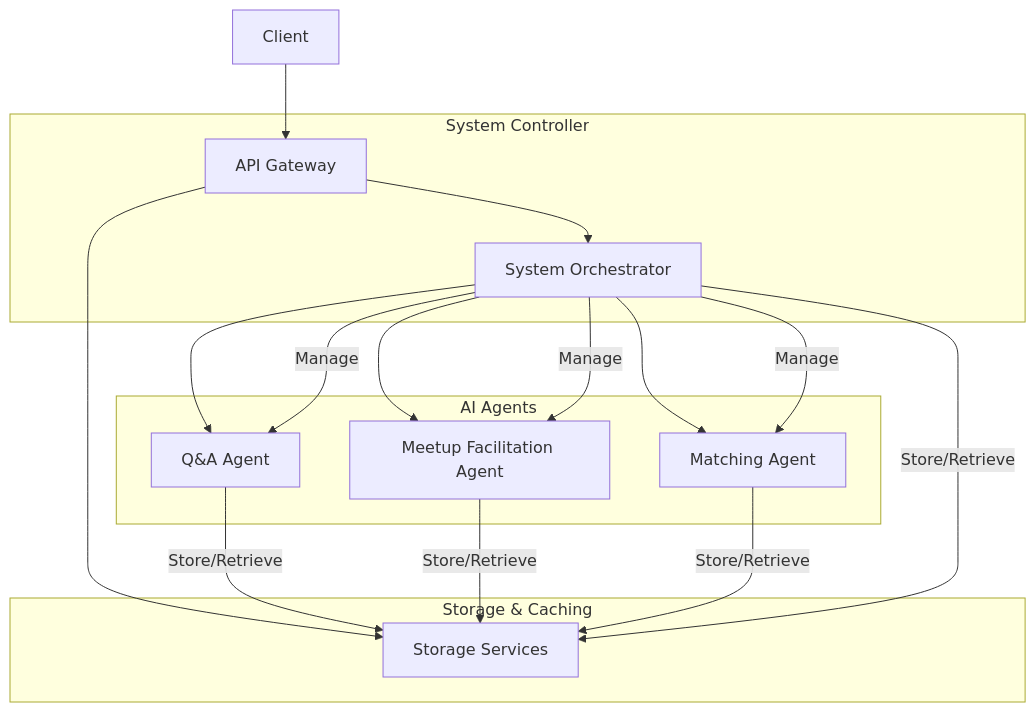
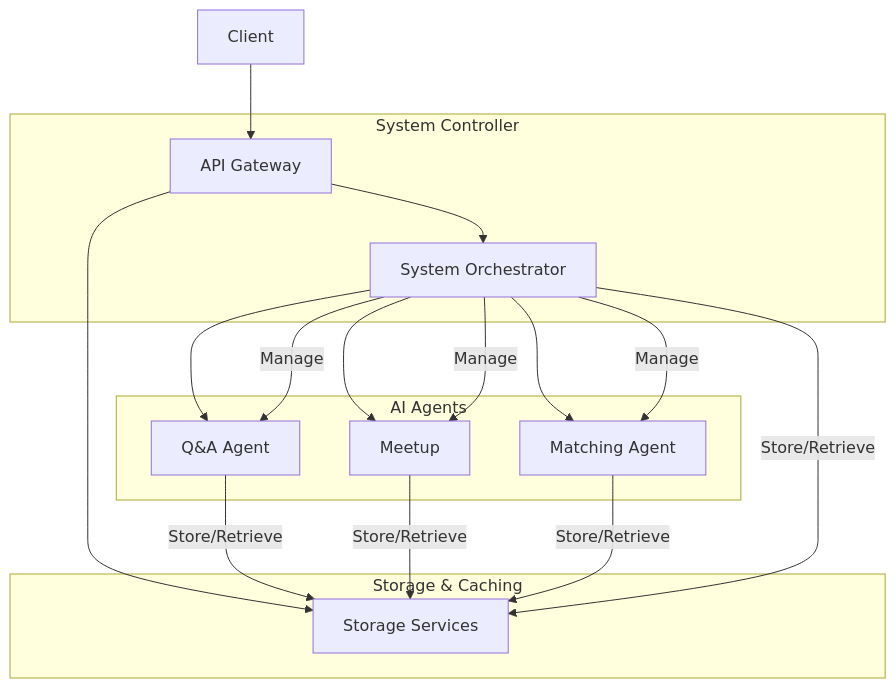
One commit to yoonjw0/magnet-ai-engines changed the diagram in architecture_design/1_high_level.md. Above: the diagram before and after it, drawn with Mermaid. The commit also changed 31 other files, not shown here.

````diff
--- a/architecture_design/1_high_level.md
+++ b/architecture_design/1_high_level.md
@@ -1,35 +1,35 @@
 ```mermaid
 graph TD
     %% 고수준 계층
     A["Client"] --> B["API Gateway"]
 
     subgraph "System Controller"
         B --> C["System Orchestrator"]
     end
 
     subgraph "AI Agents"
         C --> D["Q&A Agent"]
-        C --> E["Meetup Facilitation Agent"]
+        C --> E["Meetup "]
         C --> F["Matching Agent"]
     end
 
     subgraph "Storage & Caching"
         B --> G["Storage Services"]
     end
 
     %% 상세 연결
     C -->|Manage| D
     C -->|Manage| E
     C -->|Manage| F
     D -->|Store/Retrieve| G
     E -->|Store/Retrieve| G
     F -->|Store/Retrieve| G
     C -->|Store/Retrieve| G
 
     %% 주석
     %% - System Controller: 인증, 인프라 오케스트레이션, 모니터링 관리
     %% - Q&A Agent: 질문/답변 생성 (RAG, LLM, 음성, 분석 포함)
-    %% - Meetup Facilitation Agent: 밋업 퍼실리테이팅 (밋업 전 주안점 안내, 밋업 중 조언, 만족도 점검, 밋업 후 요약, 이후 밋업 추천 포함)
+    %% - Meetup Facilitation Agent: 밋업 어시스턴트 (밋업 전 주안점 안내, 밋업 중 조언, 만족도 점검, 밋업 후 요약, 이후 밋업 추천 포함)
     %% - Matching Agent: 사용자 매칭 처리
     %% - Storage & Caching: Redis, etcd, PostgreSQL, Network Storage
 ```
````
